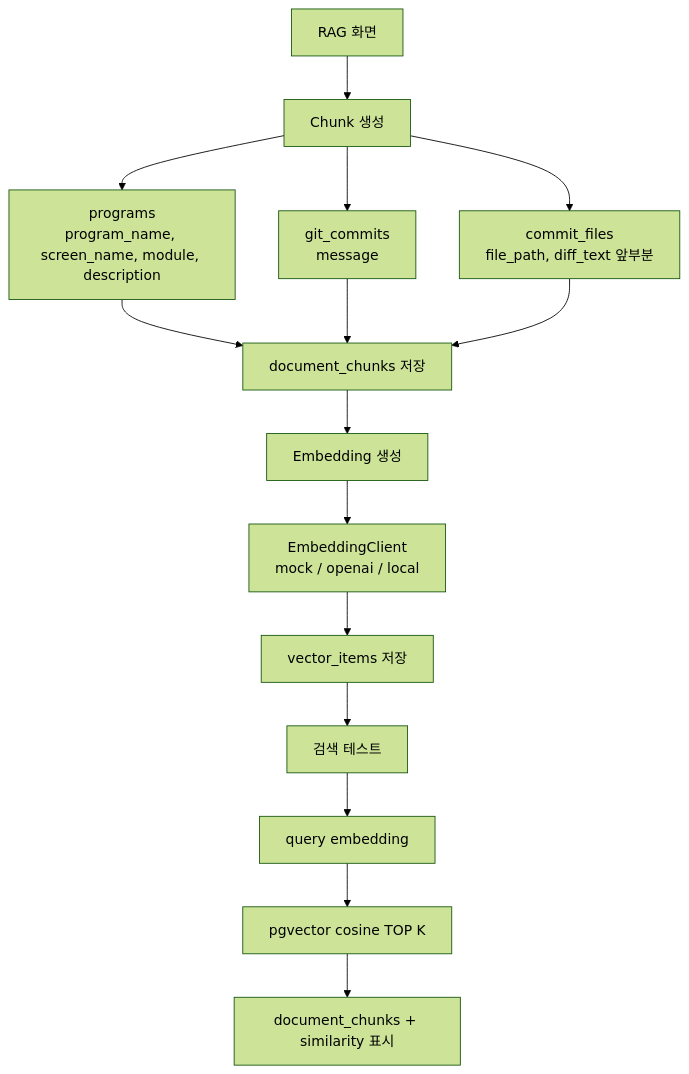
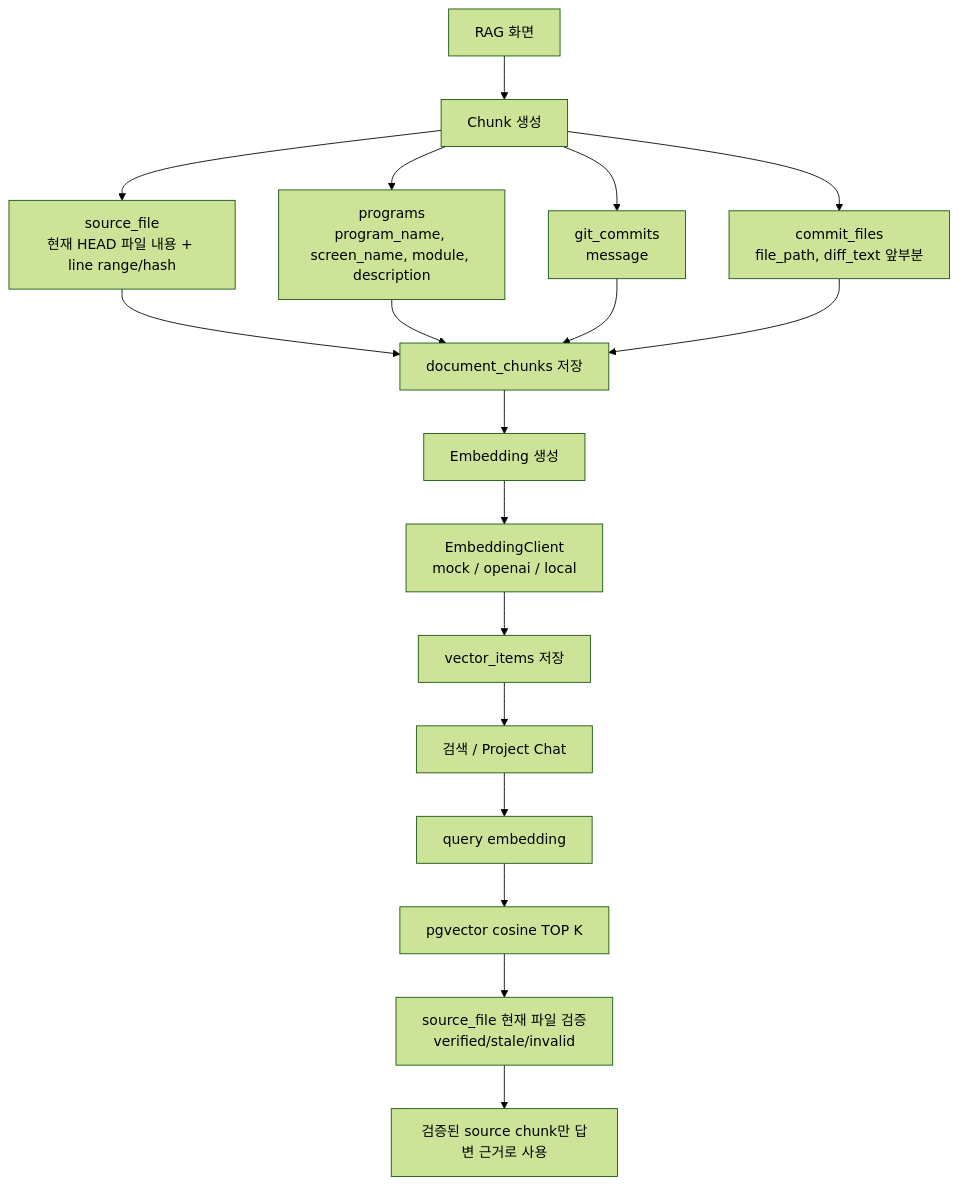
One commit to ino5/ai-commit-advisor-26 changed the fifth of 7 diagrams in README_ARCHITECTURE.md. Above: the diagram before and after it, drawn with Mermaid (forest theme). The commit also changed other lines of this file and 4 other files, not shown here.

Commit message:
Add project chat documentation

````diff
--- a/README_ARCHITECTURE.md
+++ b/README_ARCHITECTURE.md
@@ -360,17 +371,20 @@
 ```mermaid
 flowchart TD
     A["RAG 화면"] --> B["Chunk 생성"]
-    B --> C["programs<br/>program_name, screen_name, module, description"]
-    B --> D["git_commits<br/>message"]
-    B --> E["commit_files<br/>file_path, diff_text 앞부분"]
-    C --> F["document_chunks 저장"]
-    D --> F
-    E --> F
-    F --> G["Embedding 생성"]
-    G --> H["EmbeddingClient<br/>mock / openai / local"]
-    H --> I["vector_items 저장"]
-    I --> J["검색 테스트"]
-    J --> K["query embedding"]
-    K --> L["pgvector cosine TOP K"]
-    L --> M["document_chunks + similarity 표시"]
+    B --> C["source_file<br/>현재 HEAD 파일 내용 + line range/hash"]
+    B --> D["programs<br/>program_name, screen_name, module, description"]
+    B --> E["git_commits<br/>message"]
+    B --> F["commit_files<br/>file_path, diff_text 앞부분"]
+    C --> G["document_chunks 저장"]
+    D --> G
+    E --> G
+    F --> G
+    G --> H["Embedding 생성"]
+    H --> I["EmbeddingClient<br/>mock / openai / local"]
+    I --> J["vector_items 저장"]
+    J --> K["검색 / Project Chat"]
+    K --> L["query embedding"]
+    L --> M["pgvector cosine TOP K"]
+    M --> N["source_file 현재 파일 검증<br/>verified/stale/invalid"]
+    N --> O["검증된 source chunk만 답변 근거로 사용"]
 ```
````
